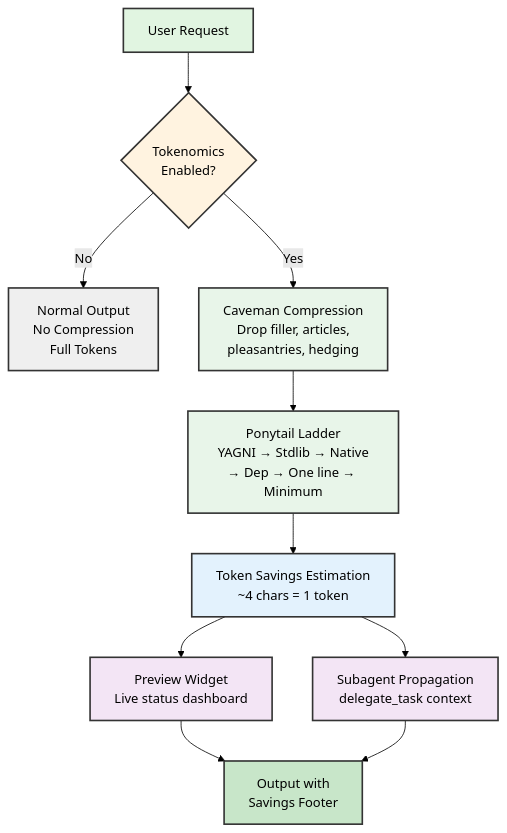
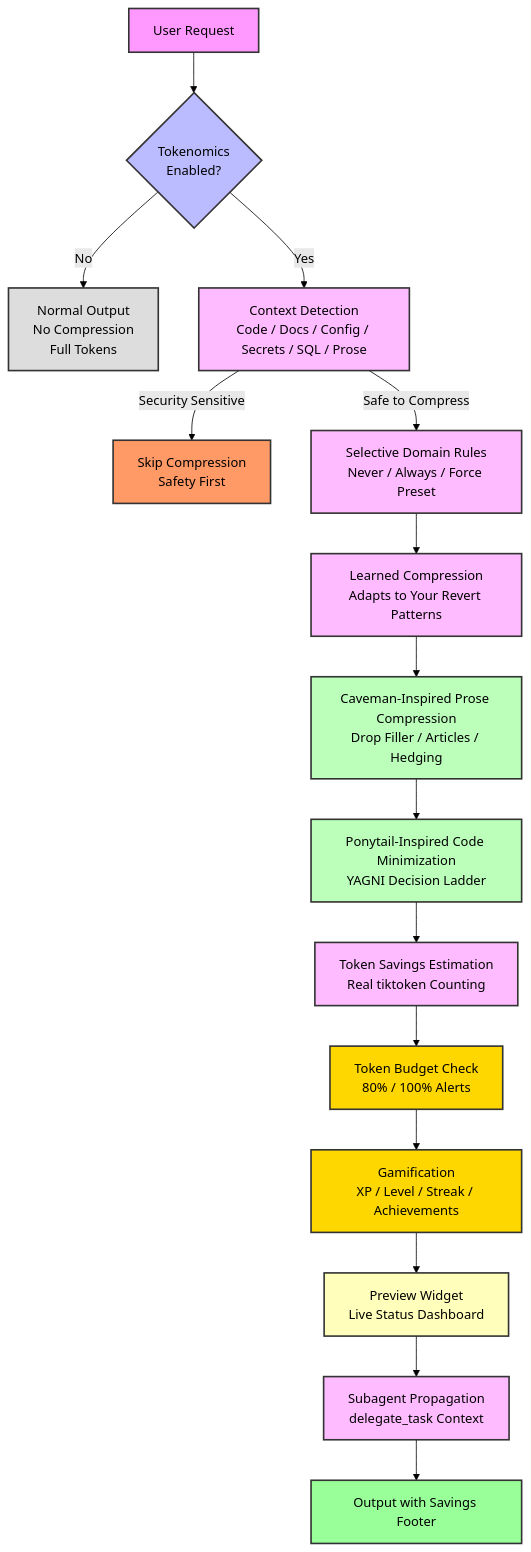
One commit to z99wE/tokenomics-plugin changed the first of 3 diagrams in README.md. Above: the diagram before and after it, drawn with Mermaid (forest theme). The commit also changed other lines of this file, not shown here.

First line of the commit message:
v2.3.1: Proper README with Mermaid architecture diagrams

````diff
--- a/README.md
+++ b/README.md
@@ -49,21 +61,32 @@
 ```mermaid
 flowchart TD
     A[User Request] --> B{Tokenomics<br/>Enabled?}
     B -->|No| C[Normal Output<br/>No Compression<br/>Full Tokens]
-    B -->|Yes| D[Caveman Compression<br/>Drop filler, articles,<br/>pleasantries, hedging]
-    D --> E[Ponytail Ladder<br/>YAGNI → Stdlib → Native<br/>→ Dep → One line → Minimum]
-    E --> F[Token Savings Estimation<br/>~4 chars = 1 token]
-    F --> G[Preview Widget<br/>Live status dashboard]
-    F --> H[Subagent Propagation<br/>delegate_task context]
-    G --> I[Output with<br/>Savings Footer]
-    H --> I
-    style A fill:#e1f5e1,stroke:#333,stroke-width:2px
-    style B fill:#fff3e0,stroke:#333,stroke-width:2px
-    style D fill:#e8f5e9,stroke:#333,stroke-width:2px
-    style E fill:#e8f5e9,stroke:#333,stroke-width:2px
-    style F fill:#e3f2fd,stroke:#333,stroke-width:2px
-    style G fill:#f3e5f5,stroke:#333,stroke-width:2px
-    style H fill:#f3e5f5,stroke:#333,stroke-width:2px
-    style I fill:#c8e6c9,stroke:#333,stroke-width:2px
-    style C fill:#efefef,stroke:#333,stroke-width:2px
+    B -->|Yes| D[Context Detection<br/>Code / Docs / Config / Secrets / SQL / Prose]
+    D -->|Security Sensitive| E[Skip Compression<br/>Safety First]
+    D -->|Safe to Compress| F[Selective Domain Rules<br/>Never / Always / Force Preset]
+    F --> G[Learned Compression<br/>Adapts to Your Revert Patterns]
+    G --> H[Caveman-Inspired Prose Compression<br/>Drop Filler / Articles / Hedging]
+    H --> I[Ponytail-Inspired Code Minimization<br/>YAGNI Decision Ladder]
+    I --> J[Token Savings Estimation<br/>Real tiktoken Counting]
+    J --> K[Token Budget Check<br/>80% / 100% Alerts]
+    K --> L[Gamification<br/>XP / Level / Streak / Achievements]
+    L --> M[Preview Widget<br/>Live Status Dashboard]
+    M --> N[Subagent Propagation<br/>delegate_task Context]
+    N --> O[Output with Savings Footer]
+    style A fill:#f9f,stroke:#333,stroke-width:2px
+    style B fill:#bbf,stroke:#333,stroke-width:2px
+    style D fill:#fbf,stroke:#333,stroke-width:2px
+    style E fill:#f96,stroke:#333,stroke-width:2px
+    style F fill:#fbf,stroke:#333,stroke-width:2px
+    style G fill:#fbf,stroke:#333,stroke-width:2px
+    style H fill:#bfb,stroke:#333,stroke-width:2px
+    style I fill:#bfb,stroke:#333,stroke-width:2px
+    style J fill:#fbf,stroke:#333,stroke-width:2px
+    style K fill:#ffd700,stroke:#333,stroke-width:2px
+    style L fill:#ffd700,stroke:#333,stroke-width:2px
+    style M fill:#ffb,stroke:#333,stroke-width:2px
+    style N fill:#fbf,stroke:#333,stroke-width:2px
+    style O fill:#9f9,stroke:#333,stroke-width:2px
+    style C fill:#ddd,stroke:#333,stroke-width:2px
 ```
````
